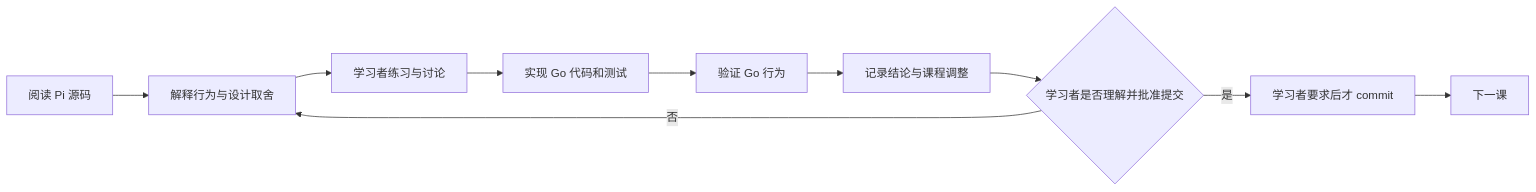
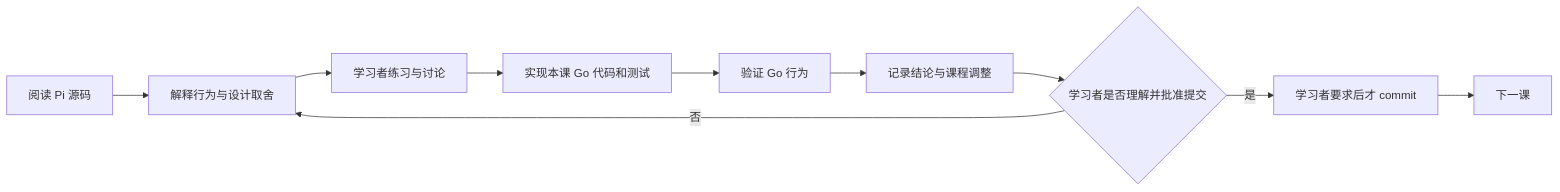
Before and after one commit to yuanbohan/pia: the diagram in docs/course/README.md, drawn with Mermaid. The commit also changed other lines of this file and 5 other files, not shown here.

````diff
--- a/docs/course/README.md
+++ b/docs/course/README.md
@@ -29,12 +55,12 @@
 ```mermaid
 flowchart LR
     A[阅读 Pi 源码] --> B[解释行为与设计取舍]
     B --> C[学习者练习与讨论]
-    C --> D[实现 Go 代码和测试]
+    C --> D[实现本课 Go 代码和测试]
     D --> E[验证 Go 行为]
     E --> F[记录结论与课程调整]
     F --> G{学习者是否理解并批准提交}
     G -- 否 --> B
     G -- 是 --> H[学习者要求后才 commit]
     H --> I[下一课]
 ```
````
